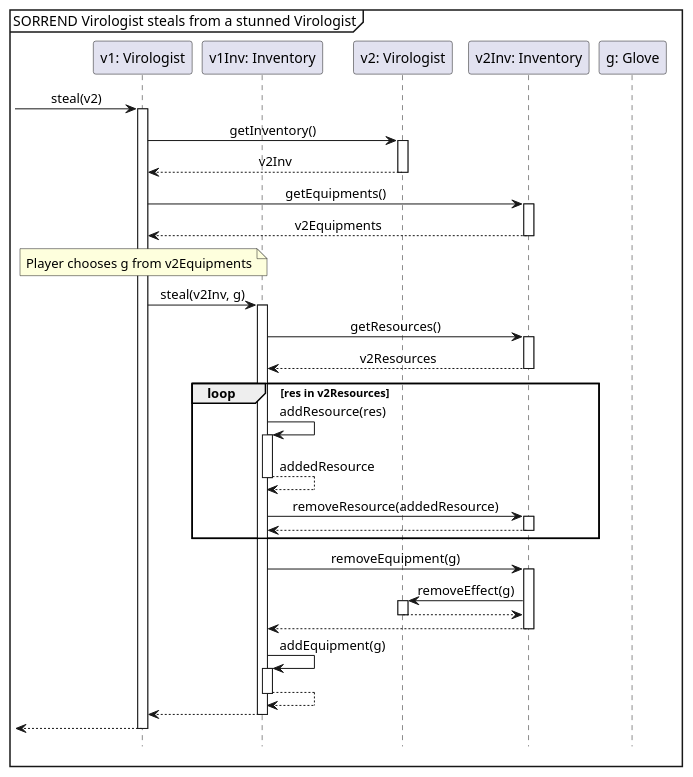
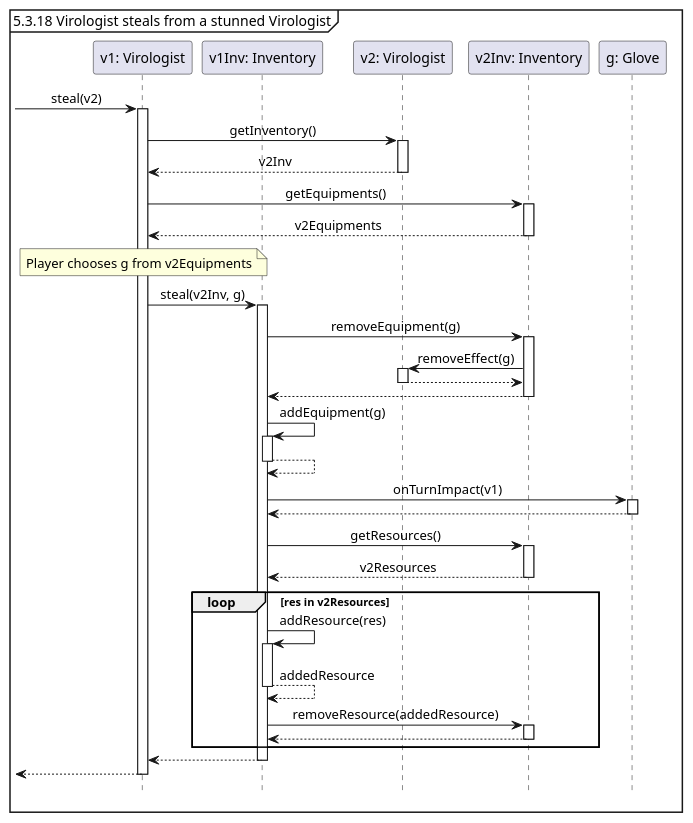
Before and after one commit to Tschonti/503-service-unavailable: the diagram in docs/testCases/sequences/robVirologist.puml, drawn with PlantUML. The commit also changed 14 other files, not shown here.

```diff
--- a/docs/testCases/sequences/robVirologist.puml
+++ b/docs/testCases/sequences/robVirologist.puml
@@ -1,42 +1,46 @@
 @startuml
 'https://plantuml.com/sequence-diagram
 
 hide footbox
 skinparam sequenceMessageAlign center
 
-mainframe SORREND Virologist steals from a stunned Virologist
+mainframe 5.3.18 Virologist steals from a stunned Virologist
 
 participant "v1: Virologist" as v1
 participant "v1Inv: Inventory" as v1Inv
 participant "v2: Virologist" as v2
 participant "v2Inv: Inventory" as v2Inv
 participant "g: Glove" as g
 
 -> v1 ++ : steal(v2)
     v1 -> v2 ++ : getInventory()
     return v2Inv
 
     v1 -> v2Inv ++ : getEquipments()
     return v2Equipments
     note over v1: Player chooses g from v2Equipments
 
     v1 -> v1Inv ++ : steal(v2Inv, g)
+        v1Inv -> v2Inv ++ : removeEquipment(g)
+            v2Inv -> v2 ++ : removeEffect(g)
+            return
+        return
+        v1Inv -> v1Inv ++ : addEquipment(g)
+        return
+        v1Inv -> g ++ : onTurnImpact(v1)
+        return
+
         v1Inv -> v2Inv ++ : getResources()
         return v2Resources
 
         loop res in v2Resources
             v1Inv -> v1Inv ++ : addResource(res)
             return addedResource
             v1Inv -> v2Inv ++ : removeResource(addedResource)
             return
         end
-        v1Inv -> v2Inv ++ : removeEquipment(g)
-            v2Inv -> v2 ++ : removeEffect(g)
-            return
-        return
-        v1Inv -> v1Inv ++ : addEquipment(g)
-        return
+
     return
 return
 
 @enduml
```
